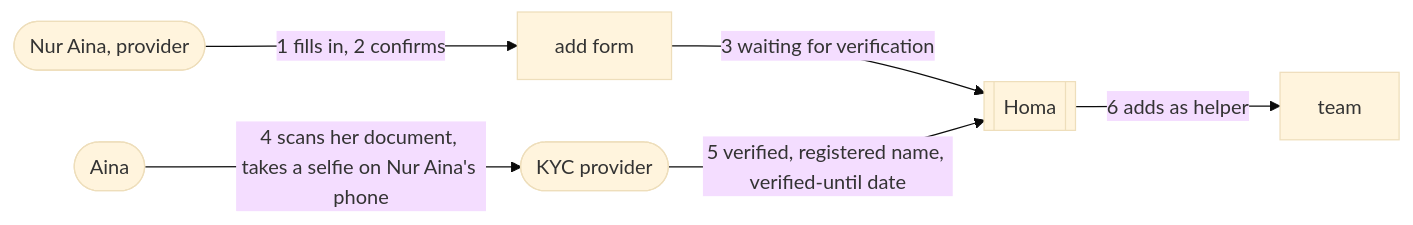
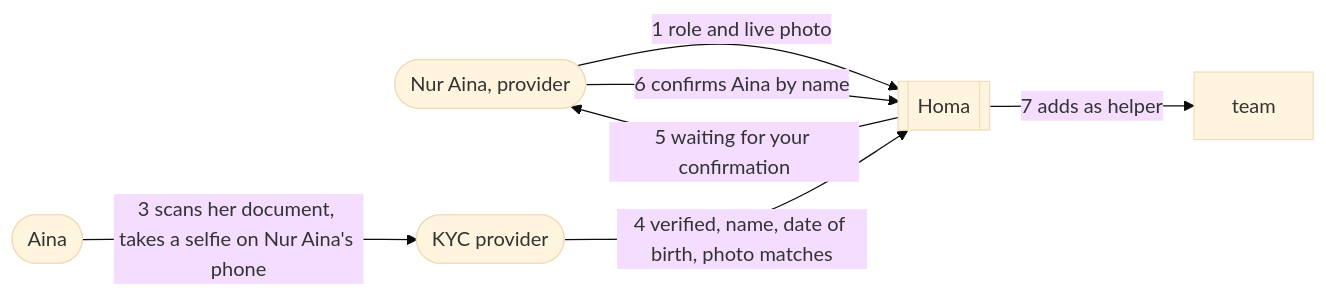
The second of 3 diagrams in docs/homa-domain-stories.md (luqq2500/homa), drawn with Mermaid (base theme) before and after one commit. The commit also changed other lines of this file and 2 other files, not shown here.

First line of the commit message:
Bring the domain stories and closing report up to date

````diff
--- a/docs/homa-domain-stories.md
+++ b/docs/homa-domain-stories.md
@@ -508,8 +546,9 @@
 ```mermaid
 flowchart LR
-    P([Nur Aina, provider]) -- "1 fills in, 2 confirms" --> F[add form]
-    F -- "3 waiting for verification" --> H[[Homa]]
-    A([Aina]) -- "4 scans her document, takes a selfie on Nur Aina's phone" --> K([KYC provider])
-    K -- "5 verified, registered name, verified-until date" --> H
-    H -- "6 adds as helper" --> T[team]
+    P([Nur Aina, provider]) -- "1 role and live photo" --> H[[Homa]]
+    A([Aina]) -- "3 scans her document, takes a selfie on Nur Aina's phone" --> K([KYC provider])
+    K -- "4 verified, name, date of birth, photo matches" --> H
+    H -- "5 waiting for your confirmation" --> P
+    P -- "6 confirms Aina by name" --> H
+    H -- "7 adds as helper" --> T[team]
 ```
````
